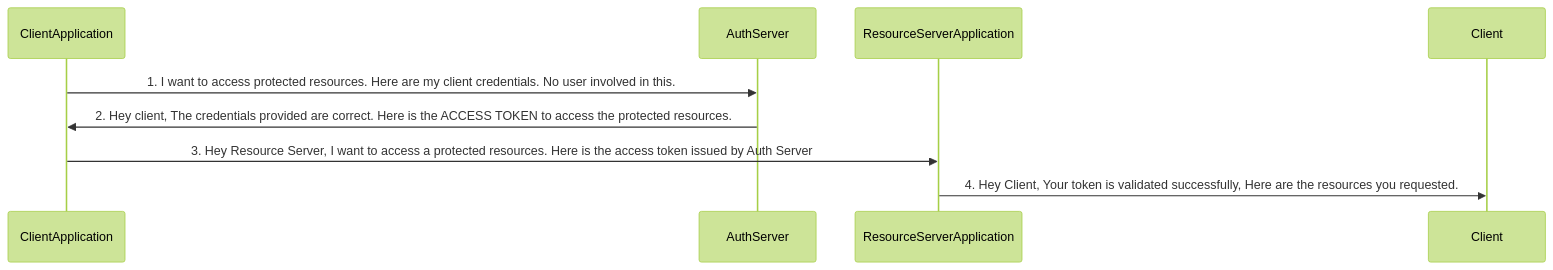
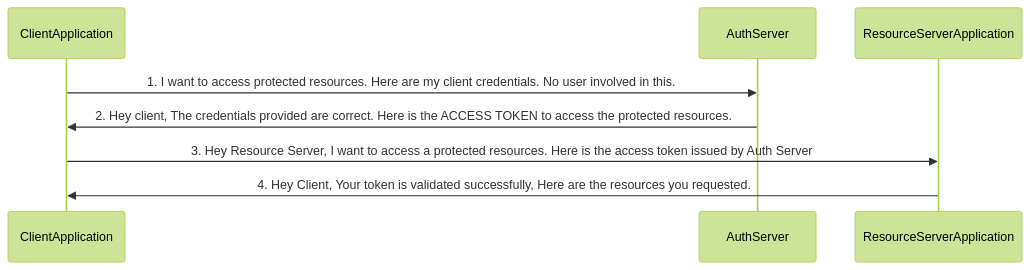
One commit to sevketbuyukdemir/oauth2-client-credentials changed the diagram in README.md. Above: the diagram before and after it, drawn with Mermaid (forest theme).

Commit message:
CLIENT-CREDENTIALS-2 - README.md flow fix.

````diff
--- a/README.md
+++ b/README.md
@@ -45,10 +45,10 @@
 ```mermaid
 sequenceDiagram
     participant ClientApplication
     participant AuthServer
     participant ResourceServerApplication
     ClientApplication->>AuthServer: 1. I want to access protected resources. Here are my client credentials. No user involved in this.
     AuthServer->>ClientApplication: 2. Hey client, The credentials provided are correct. Here is the ACCESS TOKEN to access the protected resources.
     ClientApplication->>ResourceServerApplication: 3. Hey Resource Server, I want to access a protected resources. Here is the access token issued by Auth Server
-    ResourceServerApplication->>Client: 4. Hey Client, Your token is validated successfully, Here are the resources you requested.
+    ResourceServerApplication->>ClientApplication: 4. Hey Client, Your token is validated successfully, Here are the resources you requested.
 ```
````
